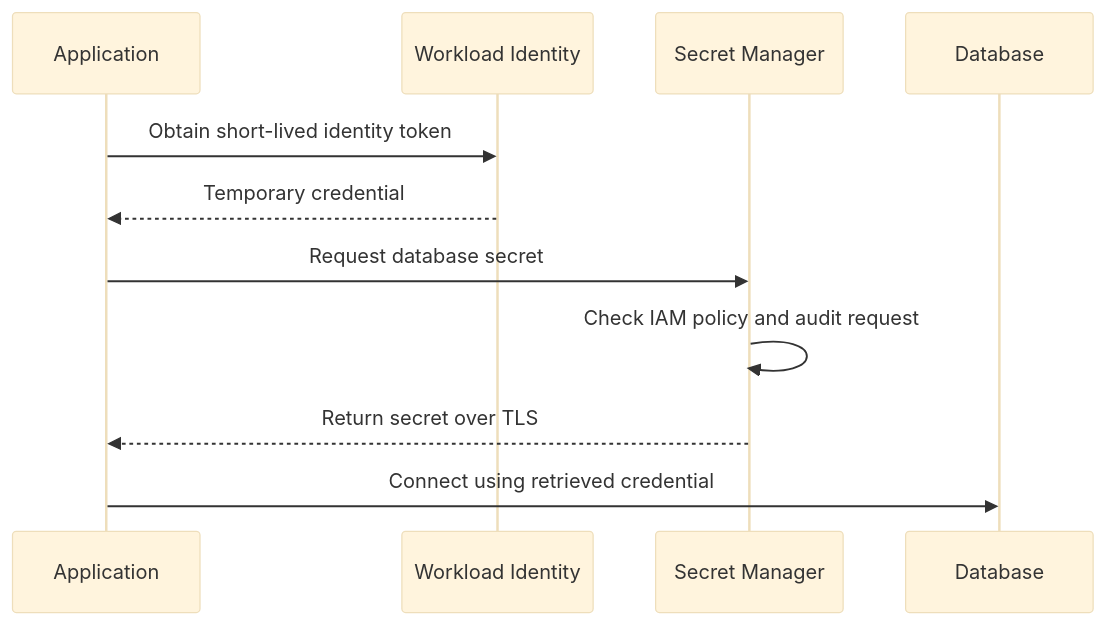
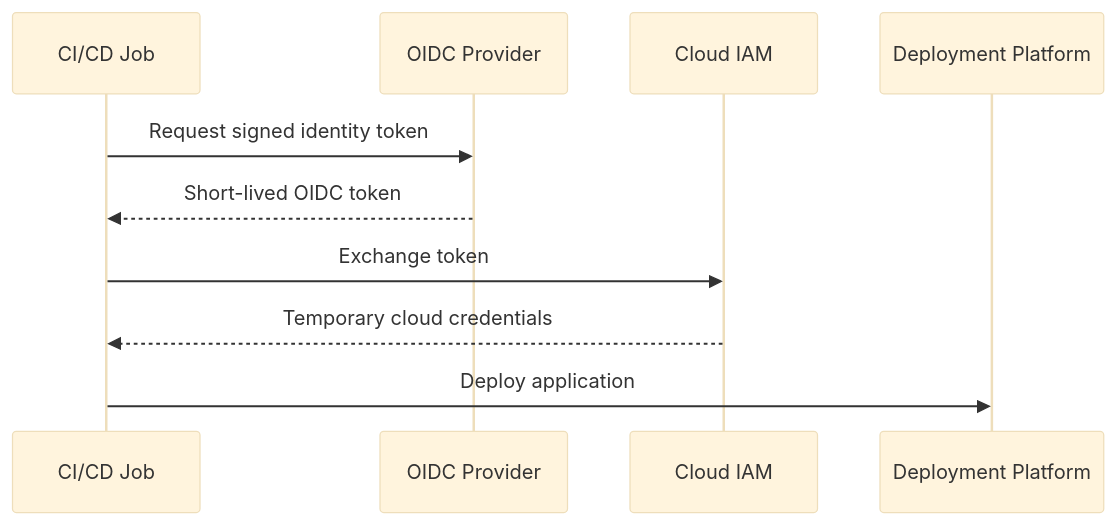
The third of 6 diagrams in src/content/security/secrets-management.md (AvadhBhalodiya/Interview-Preparation), drawn with Mermaid (base theme) before and after one commit. The commit also changed other lines of this file and 54 other files, not shown here.

````diff
--- a/src/content/security/secrets-management.md
+++ b/src/content/security/secrets-management.md
@@ -380,14 +254,13 @@
 ```mermaid
 sequenceDiagram
-    participant App as Application
-    participant ID as Workload Identity
-    participant SM as Secret Manager
-    participant DB as Database
+    participant CI as CI/CD Job
+    participant OIDC as OIDC Provider
+    participant IAM as Cloud IAM
+    participant DEP as Deployment Platform
 
-    App->>ID: Obtain short-lived identity token
-    ID-->>App: Temporary credential
-    App->>SM: Request database secret
-    SM->>SM: Check IAM policy and audit request
-    SM-->>App: Return secret over TLS
-    App->>DB: Connect using retrieved credential
+    CI->>OIDC: Request signed identity token
+    OIDC-->>CI: Short-lived OIDC token
+    CI->>IAM: Exchange token
+    IAM-->>CI: Temporary cloud credentials
+    CI->>DEP: Deploy application
 ```
````
